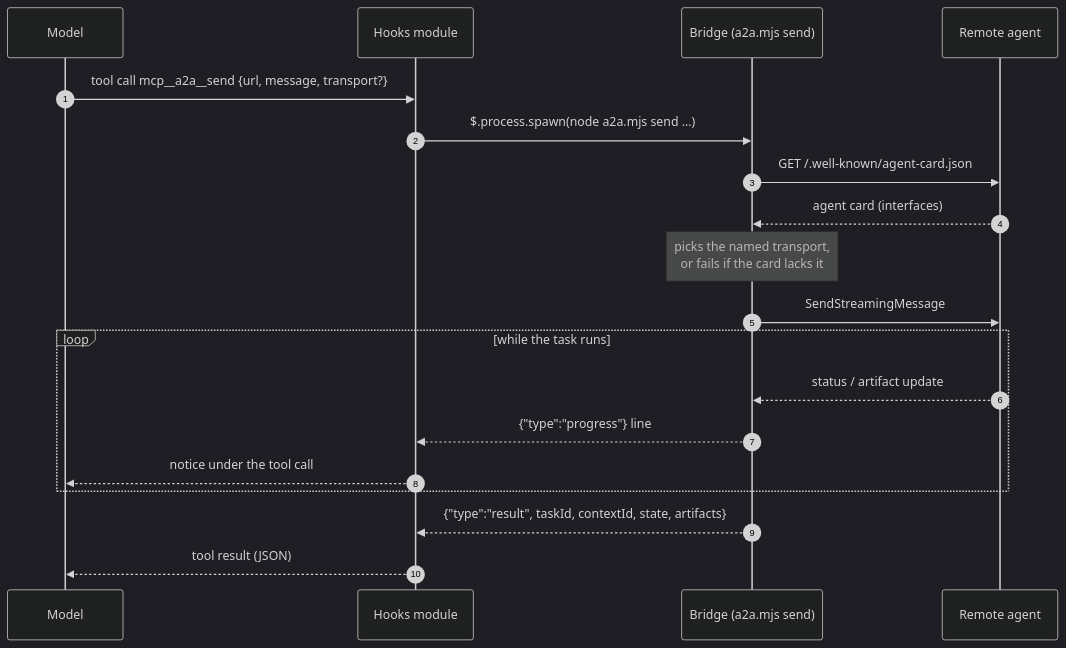
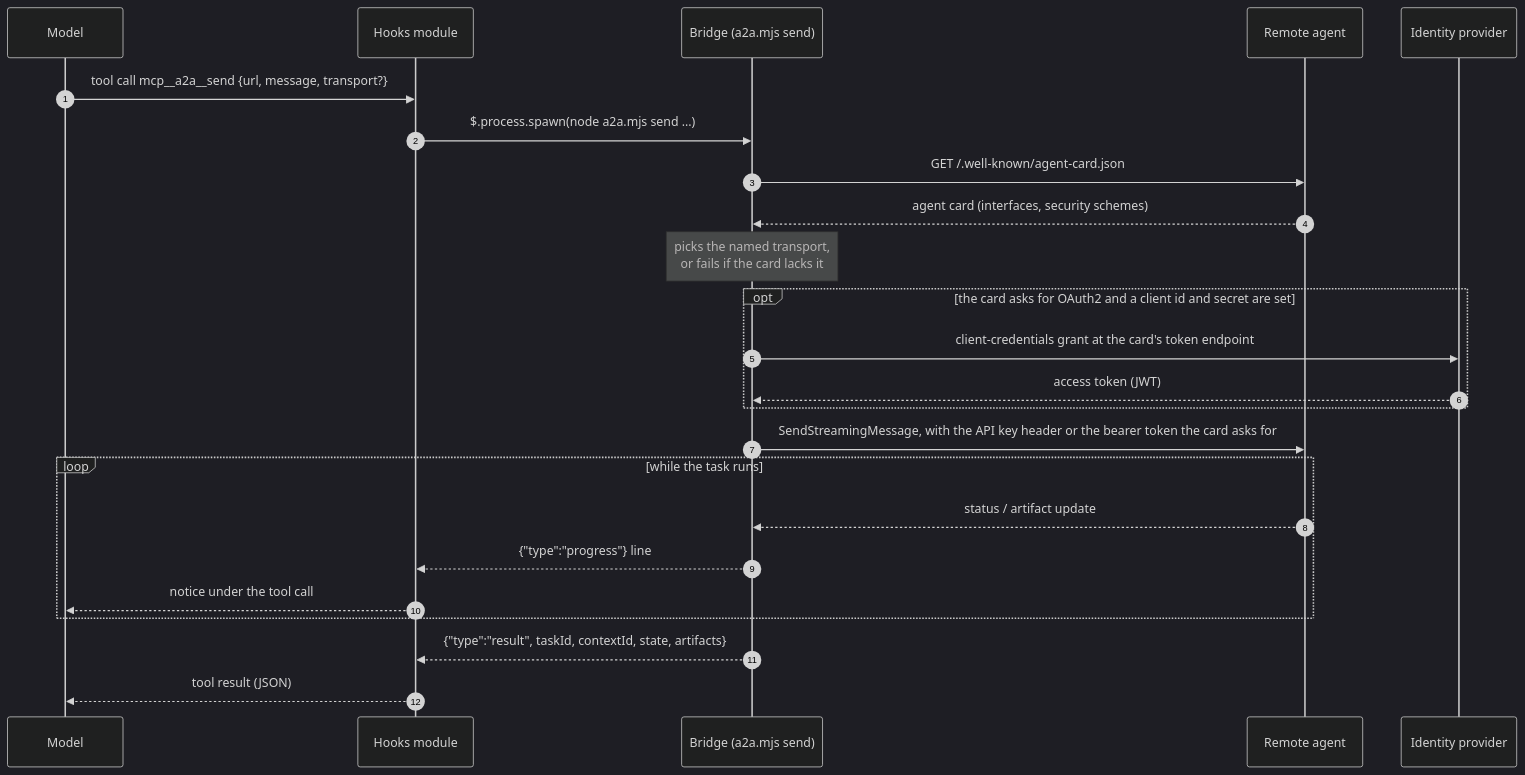
Before and after one commit to fulgas/claude-a2a: the fourth of 6 diagrams in docs/architecture.md, drawn with Mermaid (dark theme). The commit also changed other lines of this file, not shown here.

First line of the commit message:
docs(architecture): authentication and limits in the diagrams, decisions, risks and glossary

````diff
--- a/docs/architecture.md
+++ b/docs/architecture.md
@@ -137,22 +153,27 @@
 ```mermaid
 sequenceDiagram
   autonumber
   participant M as Model
   participant P as Hooks module
   participant B as Bridge (a2a.mjs send)
   participant R as Remote agent
+  participant I as Identity provider
 
   M->>P: tool call mcp__a2a__send {url, message, transport?}
   P->>B: $.process.spawn(node a2a.mjs send ...)
   B->>R: GET /.well-known/agent-card.json
-  R-->>B: agent card (interfaces)
+  R-->>B: agent card (interfaces, security schemes)
   Note over B: picks the named transport,<br/>or fails if the card lacks it
-  B->>R: SendStreamingMessage
+  opt the card asks for OAuth2 and a client id and secret are set
+    B->>I: client-credentials grant at the card's token endpoint
+    I-->>B: access token (JWT)
+  end
+  B->>R: SendStreamingMessage, with the API key header or the bearer token the card asks for
   loop while the task runs
     R-->>B: status / artifact update
     B-->>P: {"type":"progress"} line
     P-->>M: notice under the tool call
   end
   B-->>P: {"type":"result", taskId, contextId, state, artifacts}
   P-->>M: tool result (JSON)
 ```
````
